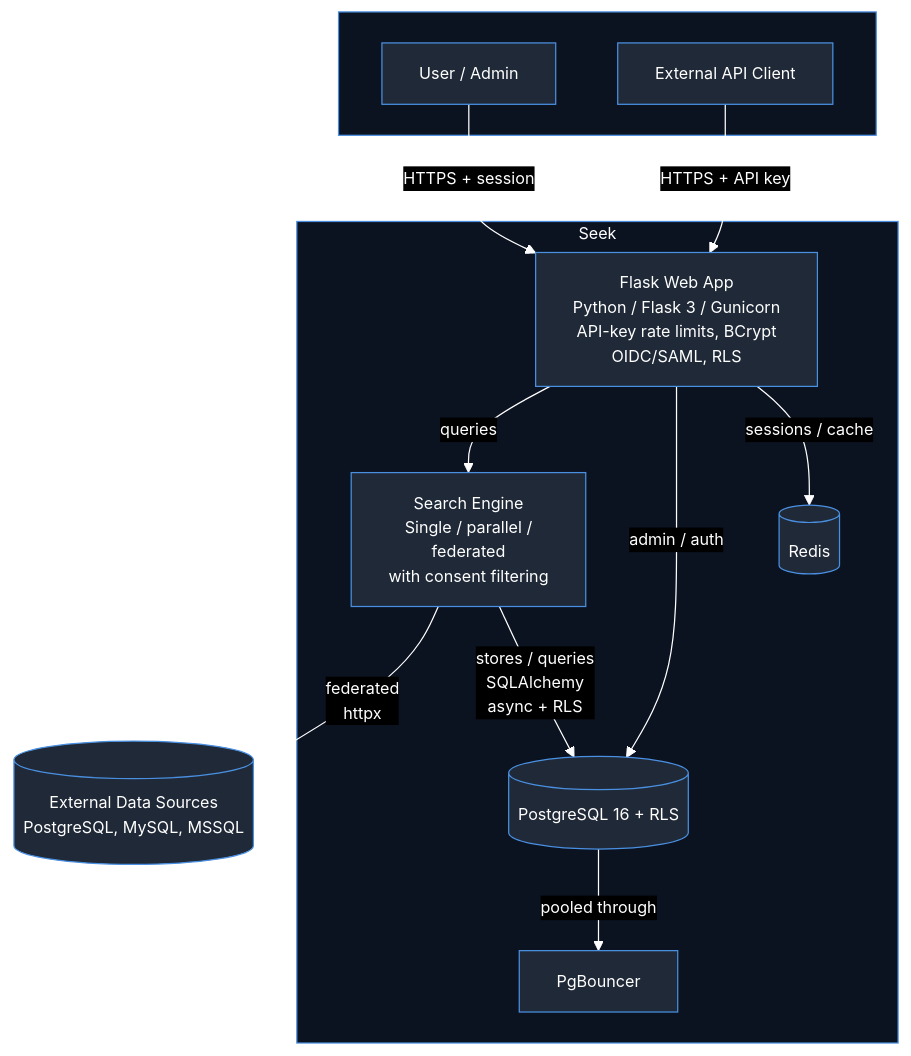
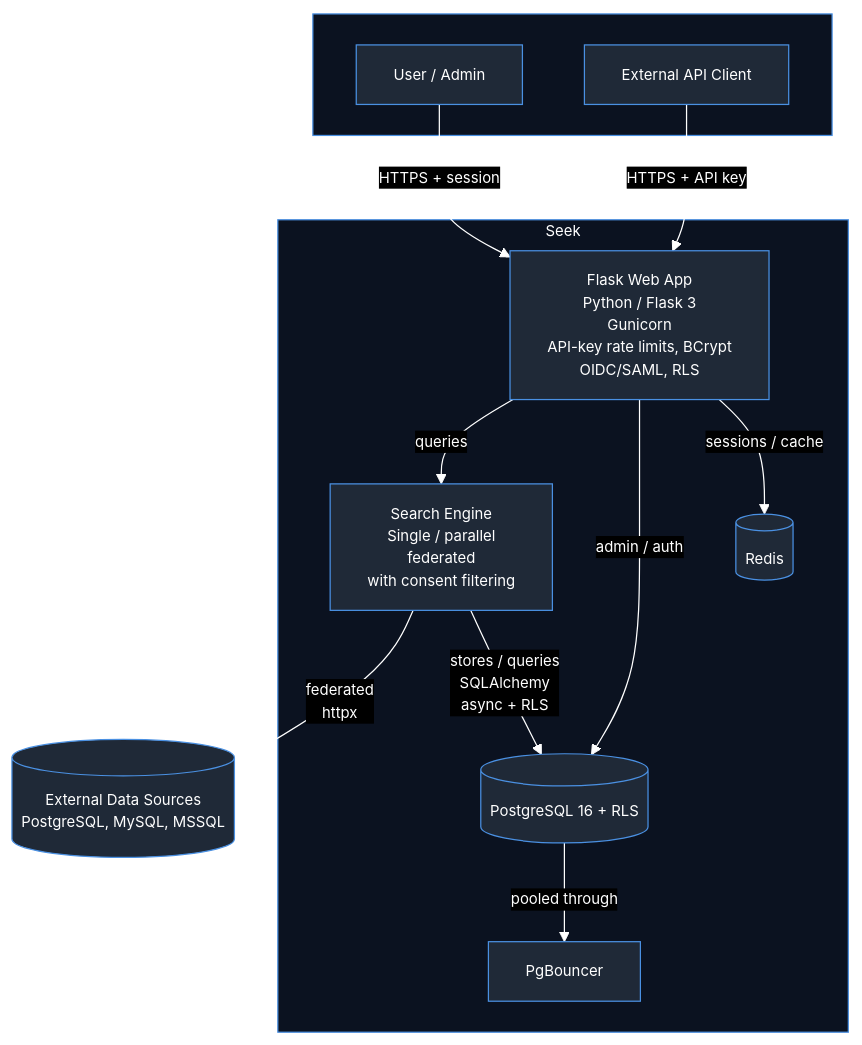
The diagram in diagrams/seek.mmd (adam-scholey/adam-scholey.github.io), drawn with Mermaid before and after one commit. The commit also changed 3 other files, not shown here.

Commit message:
fix: improve mermaid diagram text wrapping and regenerate links

```diff
--- a/diagrams/seek.mmd
+++ b/diagrams/seek.mmd
@@ -1,25 +1,25 @@
-%%{init: {'theme':'base','themeVariables':{'darkMode':true,'background':'#0d1117','primaryColor':'#1f2937','primaryTextColor':'#ffffff','primaryBorderColor':'#4a90e2','secondaryColor':'#111827','secondaryTextColor':'#ffffff','secondaryBorderColor':'#4a90e2','tertiaryColor':'#0b1220','tertiaryTextColor':'#ffffff','tertiaryBorderColor':'#4a90e2','lineColor':'#ffffff','arrowheadColor':'#ffffff','textColor':'#ffffff','fontSize':'13px'}}}%%
+%%{init: {'theme':'base','themeVariables':{'darkMode':true,'background':'#0d1117','primaryColor':'#1f2937','primaryTextColor':'#ffffff','primaryBorderColor':'#4a90e2','secondaryColor':'#111827','secondaryTextColor':'#ffffff','secondaryBorderColor':'#4a90e2','tertiaryColor':'#0b1220','tertiaryTextColor':'#ffffff','tertiaryBorderColor':'#4a90e2','lineColor':'#ffffff','arrowheadColor':'#ffffff','textColor':'#ffffff','fontSize':'12px'}}}%%
 flowchart TB
     subgraph Client[" "]
         user[User / Admin]
         api[External API Client]
     end
 
     subgraph Seek["Seek"]
-        flask[Flask Web App<br/>Python / Flask 3 / Gunicorn<br/>API-key rate limits, BCrypt<br/>OIDC/SAML, RLS]
-        search[Search Engine<br/>Single / parallel /<br/>federated<br/>with consent filtering]
+        flask[Flask Web App<br/>Python / Flask 3<br/>Gunicorn<br/>API-key rate limits, BCrypt<br/>OIDC/SAML, RLS]
+        search[Search Engine<br/>Single / parallel<br/>federated<br/>with consent filtering]
         pg[(PostgreSQL 16 + RLS)]
         redis[(Redis)]
         pgb[PgBouncer]
     end
 
     sources[(External Data Sources<br/>PostgreSQL, MySQL, MSSQL)]
 
     user -->|HTTPS + session| flask
     api -->|HTTPS + API key| flask
     flask -->|queries| search
     search -->|federated<br/>httpx| sources
     search -->|stores / queries<br/>SQLAlchemy<br/>async + RLS| pg
     flask -->|admin / auth| pg
     flask -->|sessions / cache| redis
     pg -->|pooled through| pgb
```
